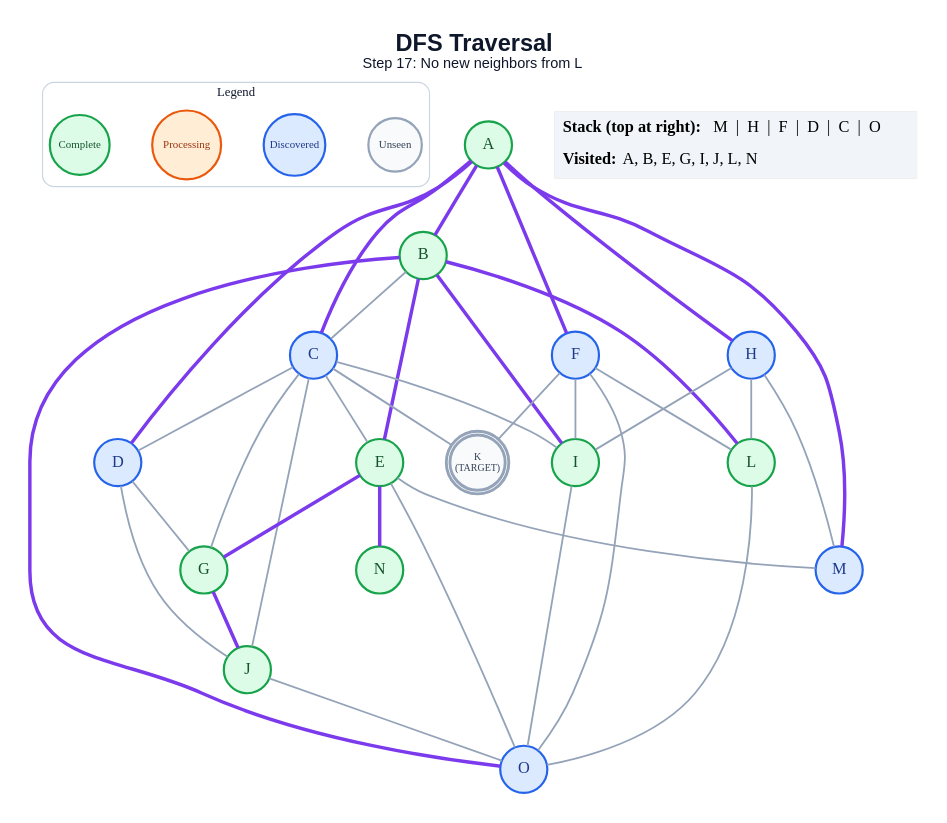
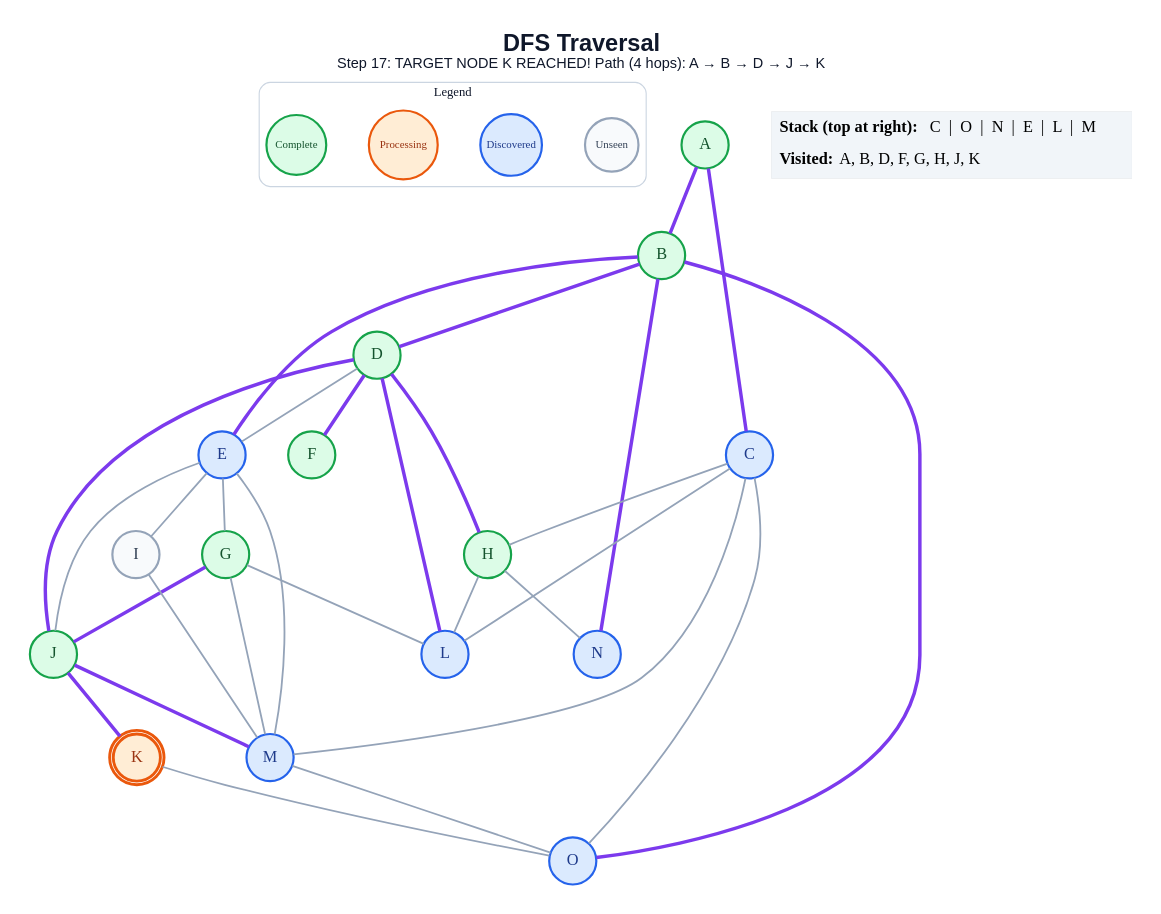
The diagram in generated/specific-node/dfs/step_17.dot (anon7238593-create/ai-slop), drawn with Graphviz before and after one commit. The commit also changed 305 other files, not shown here.

```diff
--- a/generated/specific-node/dfs/step_17.dot
+++ b/generated/specific-node/dfs/step_17.dot
@@ -1,68 +1,63 @@
 graph traversal {
   graph [layout=dot, rankdir=TB, bgcolor="#FFFFFF", pad="0.35", nodesep="0.65", ranksep="0.8", fontname="Arial"];
   node [shape=circle, style="filled", fontname="Arial Bold", fontsize=18, width=0.72, fixedsize=true, penwidth=2.4];
   edge [color="#94A3B8", penwidth=2.0];
-  label=<<B>DFS Traversal</B><BR/><FONT POINT-SIZE="16">Step 17: No new neighbors from L</FONT>>; labelloc="t"; fontsize=26; fontname="Arial"; fontcolor="#0F172A";
+  label=<<B>DFS Traversal</B><BR/><FONT POINT-SIZE="16">Step 17: TARGET NODE K REACHED! Path (4 hops): A → B → D → J → K</FONT>>; labelloc="t"; fontsize=26; fontname="Arial"; fontcolor="#0F172A";
   subgraph cluster_legend { label="Legend"; color="#CBD5E1"; penwidth=1.2; style="rounded"; fontsize=14; fontname="Arial Bold";
     key_unseen [label="Unseen", fillcolor="#F8FAFC", color="#94A3B8", fontcolor="#334155", fontsize=12, width=0.82];
     key_frontier [label="Discovered", fillcolor="#DBEAFE", color="#2563EB", fontcolor="#1E3A8A", fontsize=12, width=0.95];
     key_current [label="Processing", fillcolor="#FFEDD5", color="#EA580C", fontcolor="#9A3412", fontsize=12, width=1.05];
     key_done [label="Complete", fillcolor="#DCFCE7", color="#16A34A", fontcolor="#14532D", fontsize=12, width=0.92];
     { rank=same; key_unseen; key_frontier; key_current; key_done; }
   }
   A [label="A", fillcolor="#DCFCE7", color="#16A34A", fontcolor="#14532D", peripheries=1, penwidth=2.4];
   B [label="B", fillcolor="#DCFCE7", color="#16A34A", fontcolor="#14532D", peripheries=1, penwidth=2.4];
   C [label="C", fillcolor="#DBEAFE", color="#2563EB", fontcolor="#1E3A8A", peripheries=1, penwidth=2.4];
-  D [label="D", fillcolor="#DBEAFE", color="#2563EB", fontcolor="#1E3A8A", peripheries=1, penwidth=2.4];
-  E [label="E", fillcolor="#DCFCE7", color="#16A34A", fontcolor="#14532D", peripheries=1, penwidth=2.4];
-  F [label="F", fillcolor="#DBEAFE", color="#2563EB", fontcolor="#1E3A8A", peripheries=1, penwidth=2.4];
+  D [label="D", fillcolor="#DCFCE7", color="#16A34A", fontcolor="#14532D", peripheries=1, penwidth=2.4];
+  E [label="E", fillcolor="#DBEAFE", color="#2563EB", fontcolor="#1E3A8A", peripheries=1, penwidth=2.4];
+  F [label="F", fillcolor="#DCFCE7", color="#16A34A", fontcolor="#14532D", peripheries=1, penwidth=2.4];
   G [label="G", fillcolor="#DCFCE7", color="#16A34A", fontcolor="#14532D", peripheries=1, penwidth=2.4];
-  H [label="H", fillcolor="#DBEAFE", color="#2563EB", fontcolor="#1E3A8A", peripheries=1, penwidth=2.4];
-  I [label="I", fillcolor="#DCFCE7", color="#16A34A", fontcolor="#14532D", peripheries=1, penwidth=2.4];
+  H [label="H", fillcolor="#DCFCE7", color="#16A34A", fontcolor="#14532D", peripheries=1, penwidth=2.4];
+  I [label="I", fillcolor="#F8FAFC", color="#94A3B8", fontcolor="#334155", peripheries=1, penwidth=2.4];
   J [label="J", fillcolor="#DCFCE7", color="#16A34A", fontcolor="#14532D", peripheries=1, penwidth=2.4];
-  K [label="K\n(TARGET)", fillcolor="#F8FAFC", color="#94A3B8", fontcolor="#334155", peripheries=2, penwidth=3.2, fontsize=11, width=0.85, height=0.85];
-  L [label="L", fillcolor="#DCFCE7", color="#16A34A", fontcolor="#14532D", peripheries=1, penwidth=2.4];
+  K [label="K", fillcolor="#FFEDD5", color="#EA580C", fontcolor="#9A3412", peripheries=2, penwidth=3.2];
+  L [label="L", fillcolor="#DBEAFE", color="#2563EB", fontcolor="#1E3A8A", peripheries=1, penwidth=2.4];
   M [label="M", fillcolor="#DBEAFE", color="#2563EB", fontcolor="#1E3A8A", peripheries=1, penwidth=2.4];
-  N [label="N", fillcolor="#DCFCE7", color="#16A34A", fontcolor="#14532D", peripheries=1, penwidth=2.4];
+  N [label="N", fillcolor="#DBEAFE", color="#2563EB", fontcolor="#1E3A8A", peripheries=1, penwidth=2.4];
   O [label="O", fillcolor="#DBEAFE", color="#2563EB", fontcolor="#1E3A8A", peripheries=1, penwidth=2.4];
   A -- B [color="#7C3AED", penwidth=3.8];
   A -- C [color="#7C3AED", penwidth=3.8];
-  A -- D [color="#7C3AED", penwidth=3.8];
-  A -- F [color="#7C3AED", penwidth=3.8];
-  A -- H [color="#7C3AED", penwidth=3.8];
-  A -- M [color="#7C3AED", penwidth=3.8];
-  B -- C;
+  B -- D [color="#7C3AED", penwidth=3.8];
   B -- E [color="#7C3AED", penwidth=3.8];
-  B -- I [color="#7C3AED", penwidth=3.8];
-  B -- L [color="#7C3AED", penwidth=3.8];
+  B -- N [color="#7C3AED", penwidth=3.8];
   B -- O [color="#7C3AED", penwidth=3.8];
-  C -- D;
-  C -- E;
-  C -- G;
-  C -- I;
-  C -- J;
-  C -- K;
-  D -- G;
-  D -- J;
-  E -- G [color="#7C3AED", penwidth=3.8];
+  C -- H;
+  C -- L;
+  C -- M;
+  C -- O;
+  D -- E;
+  D -- F [color="#7C3AED", penwidth=3.8];
+  D -- H [color="#7C3AED", penwidth=3.8];
+  D -- J [color="#7C3AED", penwidth=3.8];
+  D -- L [color="#7C3AED", penwidth=3.8];
+  E -- G;
+  E -- I;
+  E -- J;
   E -- M;
-  E -- N [color="#7C3AED", penwidth=3.8];
-  E -- O;
-  F -- I;
-  F -- K;
-  F -- L;
-  F -- O;
   G -- J [color="#7C3AED", penwidth=3.8];
-  H -- I;
+  G -- L;
+  G -- M;
   H -- L;
-  H -- M;
-  I -- O;
-  J -- O;
-  L -- O;
+  H -- N;
+  I -- M;
+  J -- K [color="#7C3AED", penwidth=3.8];
+  J -- M [color="#7C3AED", penwidth=3.8];
+  K -- O;
+  M -- O;
   status [shape=plain, fixedsize=false, width=0, height=0, margin=0, label=<
     <TABLE BORDER="0" CELLBORDER="0" CELLPADDING="7" BGCOLOR="#F1F5F9">
-      <TR><TD ALIGN="LEFT"><B>Stack (top at right):</B> M  |  H  |  F  |  D  |  C  |  O</TD></TR>
-      <TR><TD ALIGN="LEFT"><B>Visited:</B> A, B, E, G, I, J, L, N</TD></TR>
+      <TR><TD ALIGN="LEFT"><B>Stack (top at right):</B> C  |  O  |  N  |  E  |  L  |  M</TD></TR>
+      <TR><TD ALIGN="LEFT"><B>Visited:</B> A, B, D, F, G, H, J, K</TD></TR>
     </TABLE>
   >];
 }
```
